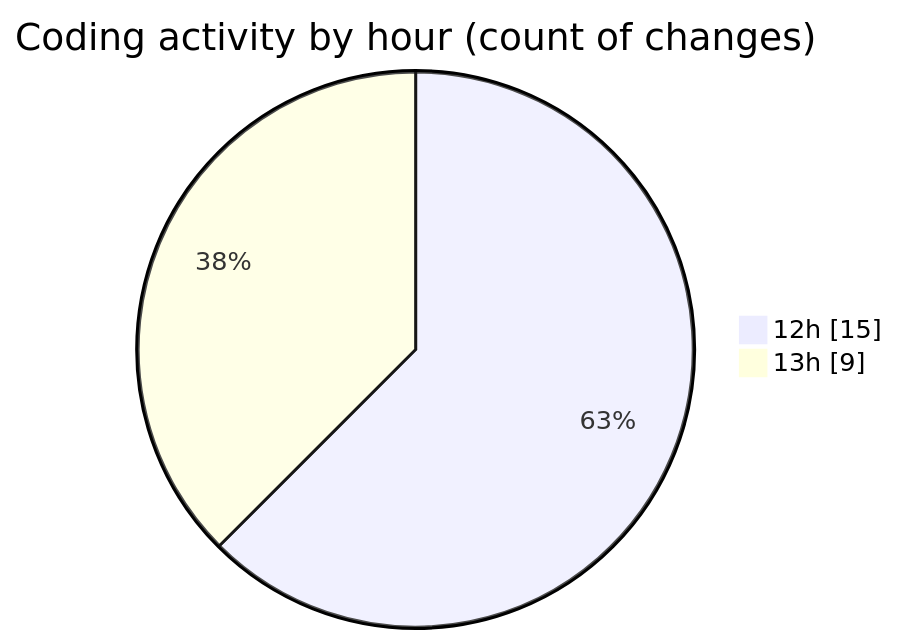
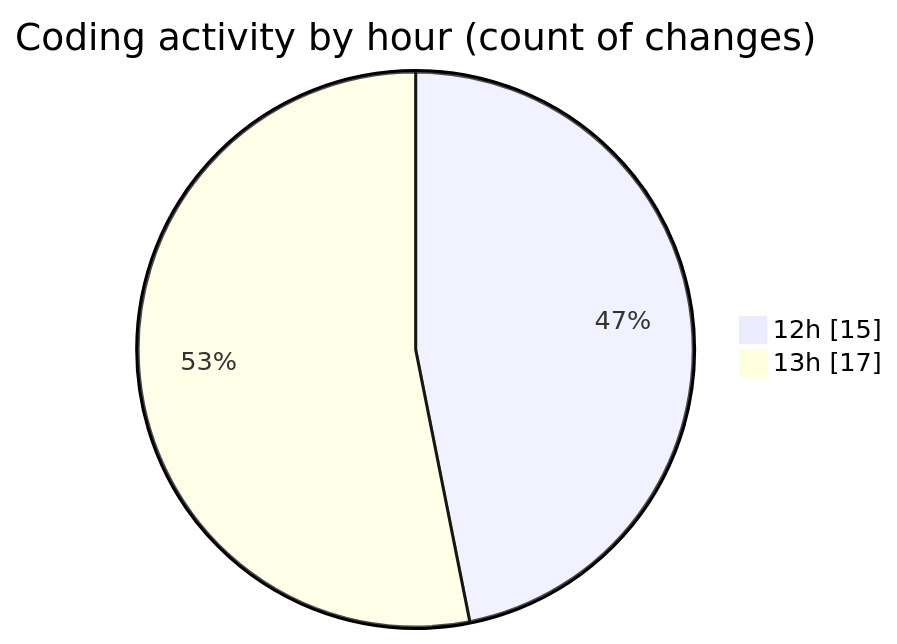
Before and after one commit to CELIANVF/code-tracking: the second of 2 diagrams in 2025-05-21/ecodeli-1/README.md, drawn with Mermaid. The commit also changed other lines of this file and 1 other file, not shown here.

````diff
--- a/2025-05-21/ecodeli-1/README.md
+++ b/2025-05-21/ecodeli-1/README.md
@@ -43,6 +49,6 @@
 ```mermaid
 pie showData
 title Coding activity by hour (count of changes)
 "12h" : 15
-"13h" : 9
+"13h" : 17
 ```
````
